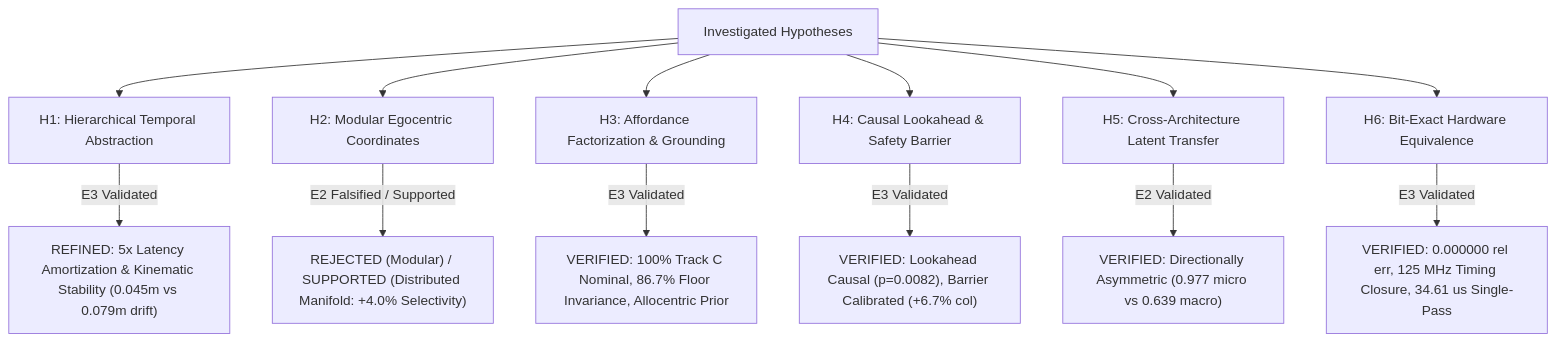
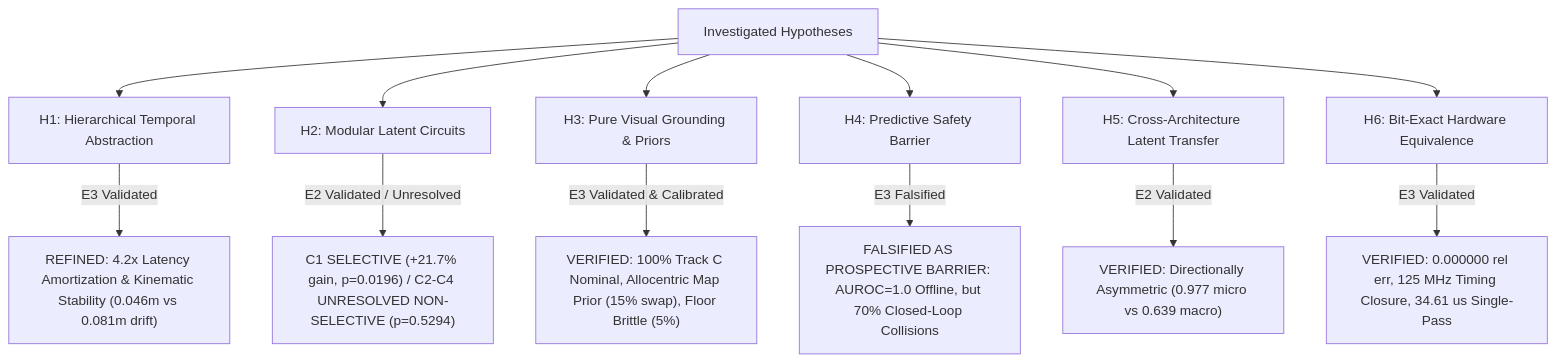
The diagram in research/reports/claims_ledger.md (BrianHadianSTEI23/project-haphaestus), drawn with Mermaid before and after one commit. The commit also changed other lines of this file and 18 other files, not shown here.

````diff
--- a/research/reports/claims_ledger.md
+++ b/research/reports/claims_ledger.md
@@ -122,16 +130,16 @@
 ```mermaid
 flowchart TD
     A["Investigated Hypotheses"] --> H1["H1: Hierarchical Temporal Abstraction"]
-    A --> H2["H2: Modular Egocentric Coordinates"]
-    A --> H3["H3: Affordance Factorization & Grounding"]
-    A --> H4["H4: Causal Lookahead & Safety Barrier"]
+    A --> H2["H2: Modular Latent Circuits"]
+    A --> H3["H3: Pure Visual Grounding & Priors"]
+    A --> H4["H4: Predictive Safety Barrier"]
     A --> H5["H5: Cross-Architecture Latent Transfer"]
     A --> H6["H6: Bit-Exact Hardware Equivalence"]
 
-    H1 -->|E3 Validated| V1["REFINED: 5x Latency Amortization & Kinematic Stability (0.045m vs 0.079m drift)"]
-    H2 -->|E2 Falsified / Supported| R2["REJECTED (Modular) / SUPPORTED (Distributed Manifold: +4.0% Selectivity)"]
-    H3 -->|E3 Validated| V3["VERIFIED: 100% Track C Nominal, 86.7% Floor Invariance, Allocentric Prior"]
-    H4 -->|E3 Validated| V4["VERIFIED: Lookahead Causal (p=0.0082), Barrier Calibrated (+6.7% col)"]
+    H1 -->|E3 Validated| V1["REFINED: 4.2x Latency Amortization & Kinematic Stability (0.046m vs 0.081m drift)"]
+    H2 -->|E2 Validated / Unresolved| R2["C1 SELECTIVE (+21.7% gain, p=0.0196) / C2-C4 UNRESOLVED NON-SELECTIVE (p=0.5294)"]
+    H3 -->|E3 Validated & Calibrated| V3["VERIFIED: 100% Track C Nominal, Allocentric Map Prior (15% swap), Floor Brittle (5%)"]
+    H4 -->|E3 Falsified| R4["FALSIFIED AS PROSPECTIVE BARRIER: AUROC=1.0 Offline, but 70% Closed-Loop Collisions"]
     H5 -->|E2 Validated| V5["VERIFIED: Directionally Asymmetric (0.977 micro vs 0.639 macro)"]
     H6 -->|E3 Validated| V6["VERIFIED: 0.000000 rel err, 125 MHz Timing Closure, 34.61 us Single-Pass"]
 ```
````
